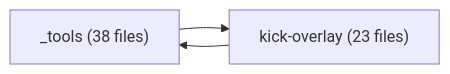
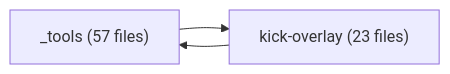
The diagram in features/INDEX.md (mateusant13/kick-youtube-overlay-for-twitch-with-adblock), drawn with Mermaid before and after one commit. The commit also changed other lines of this file and 17 other files, not shown here.

````diff
--- a/features/INDEX.md
+++ b/features/INDEX.md
@@ -15,7 +15,7 @@
 ```mermaid
 flowchart LR
-  _tools["_tools (38 files)"]
+  _tools["_tools (57 files)"]
   kick_overlay["kick-overlay (23 files)"]
   _tools --> kick_overlay
   kick_overlay --> _tools
 ```
````
